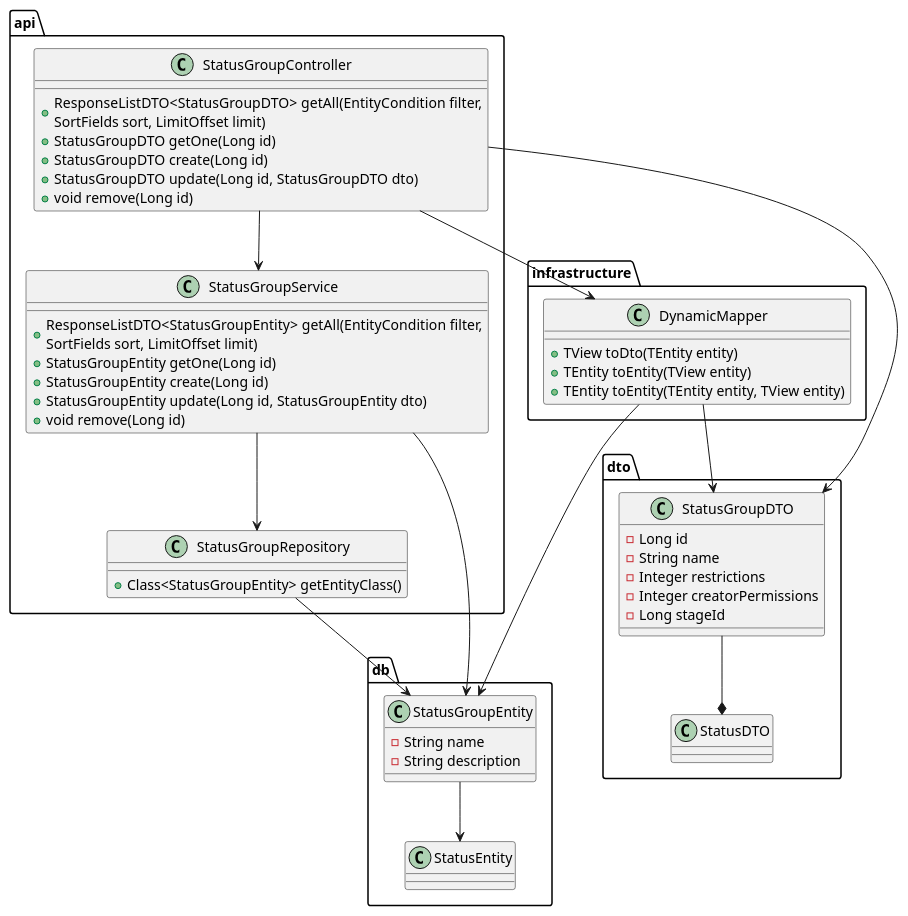
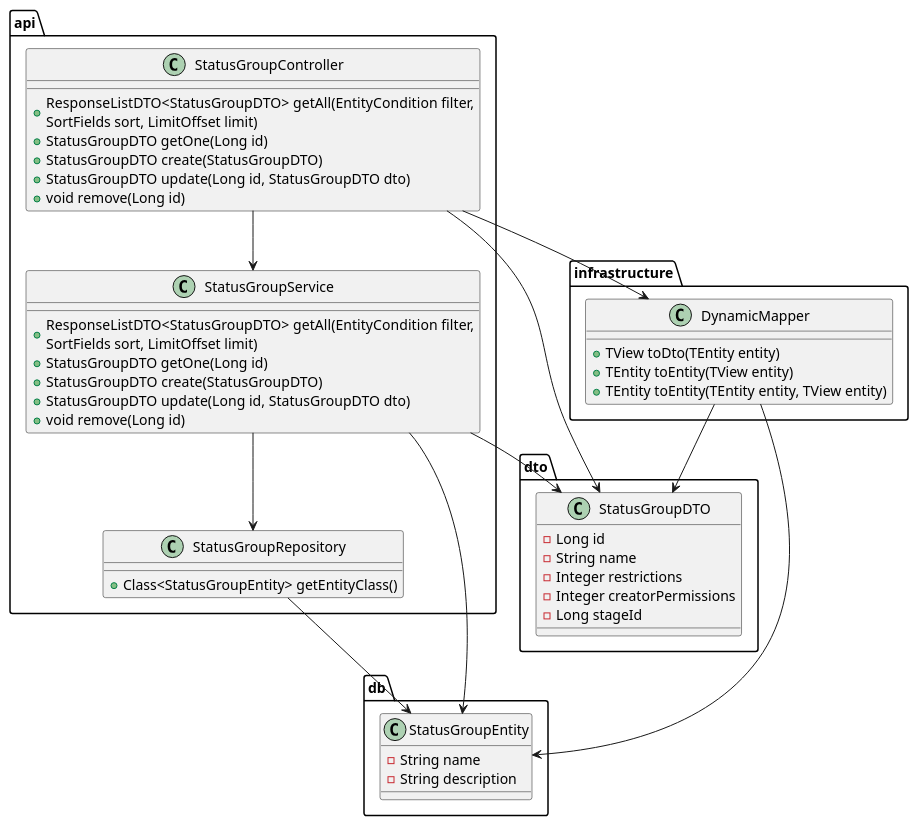
One commit to yespeace13/path-to-end changed the diagram in api-classes/api-classes-services-request-status-group.puml. Above: the diagram before and after it, drawn with PlantUML. The commit also changed 2 other files, not shown here.

```diff
--- a/api-classes/api-classes-services-request-status-group.puml
+++ b/api-classes/api-classes-services-request-status-group.puml
@@ -1,72 +1,73 @@
 @startuml
 package api {
   class StatusGroupController {
     + ResponseListDTO<StatusGroupDTO> getAll(EntityCondition filter,\nSortFields sort, LimitOffset limit)
     + StatusGroupDTO getOne(Long id)
-    + StatusGroupDTO create(Long id)
+    + StatusGroupDTO create(StatusGroupDTO)
     + StatusGroupDTO update(Long id, StatusGroupDTO dto)
     + void remove(Long id)
   }
 
   class StatusGroupService {
-    + ResponseListDTO<StatusGroupEntity> getAll(EntityCondition filter,\nSortFields sort, LimitOffset limit)
-    + StatusGroupEntity getOne(Long id)
-    + StatusGroupEntity create(Long id)
-    + StatusGroupEntity update(Long id, StatusGroupEntity dto)
+    + ResponseListDTO<StatusGroupDTO> getAll(EntityCondition filter,\nSortFields sort, LimitOffset limit)
+    + StatusGroupDTO getOne(Long id)
+    + StatusGroupDTO create(StatusGroupDTO)
+    + StatusGroupDTO update(Long id, StatusGroupDTO dto)
     + void remove(Long id)
   }
 
   class StatusGroupRepository {
     + Class<StatusGroupEntity> getEntityClass()
   }
 }
 
 class infrastructure.DynamicMapper {
   + TView toDto(TEntity entity)
   + TEntity toEntity(TView entity)
   + TEntity toEntity(TEntity entity, TView entity)
 }
 package dto {
   class StatusGroupDTO {
    - Long id
    - String name
    - Integer restrictions
    - Integer creatorPermissions
    - Long stageId
    }
 
-   class StatusDTO {
-   }
+'   class StatusDTO {
+'   }
 
-   StatusGroupDTO --* StatusDTO
+'   StatusGroupDTO --* StatusDTO
 }
 
 package db {
 
   class StatusGroupEntity {
   - String name
   - String description
 '  - List<StatusPathEntity> statusPaths
 '  - StatusEntity defaultStatus
   }
 
 
-  StatusGroupEntity --> StatusEntity
+'  StatusGroupEntity --> StatusEntity
 '  RequestEntity --> StatusGroupEntity
 
 }
 
 
 StatusGroupController --> StatusGroupDTO
 StatusGroupController --> StatusGroupService
 StatusGroupController --> DynamicMapper
 
+StatusGroupService --> StatusGroupDTO
 StatusGroupService --> StatusGroupRepository
 StatusGroupService --> StatusGroupEntity
 
 StatusGroupRepository --> StatusGroupEntity
 
 DynamicMapper --> StatusGroupEntity
 DynamicMapper --> StatusGroupDTO
 
 @enduml
```
